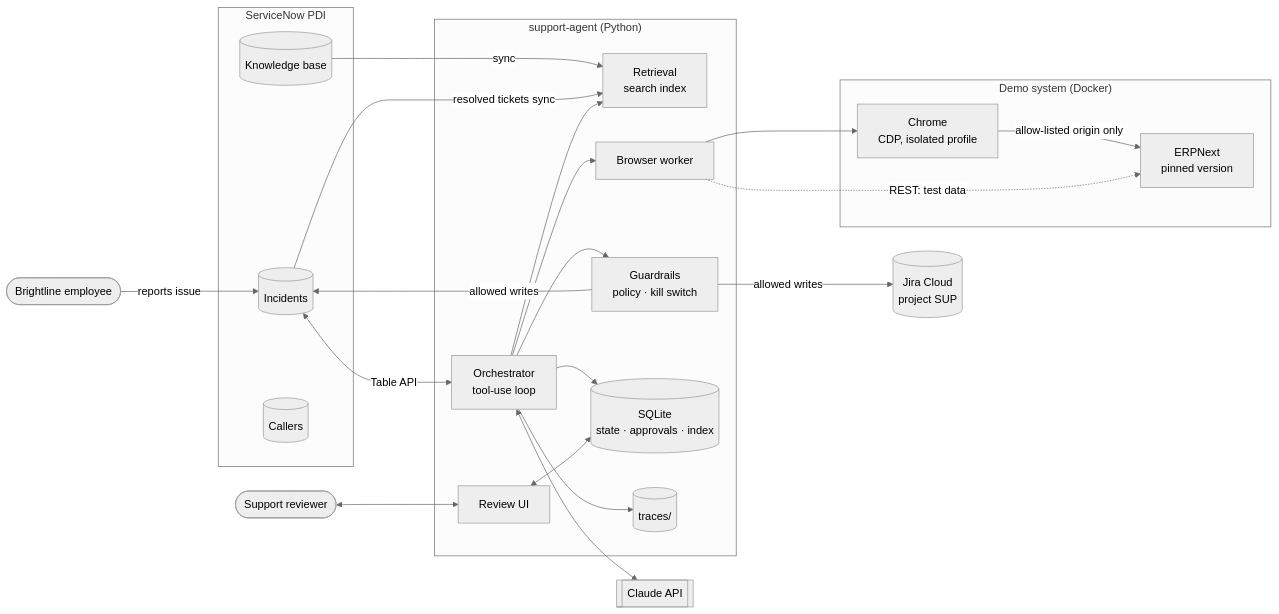
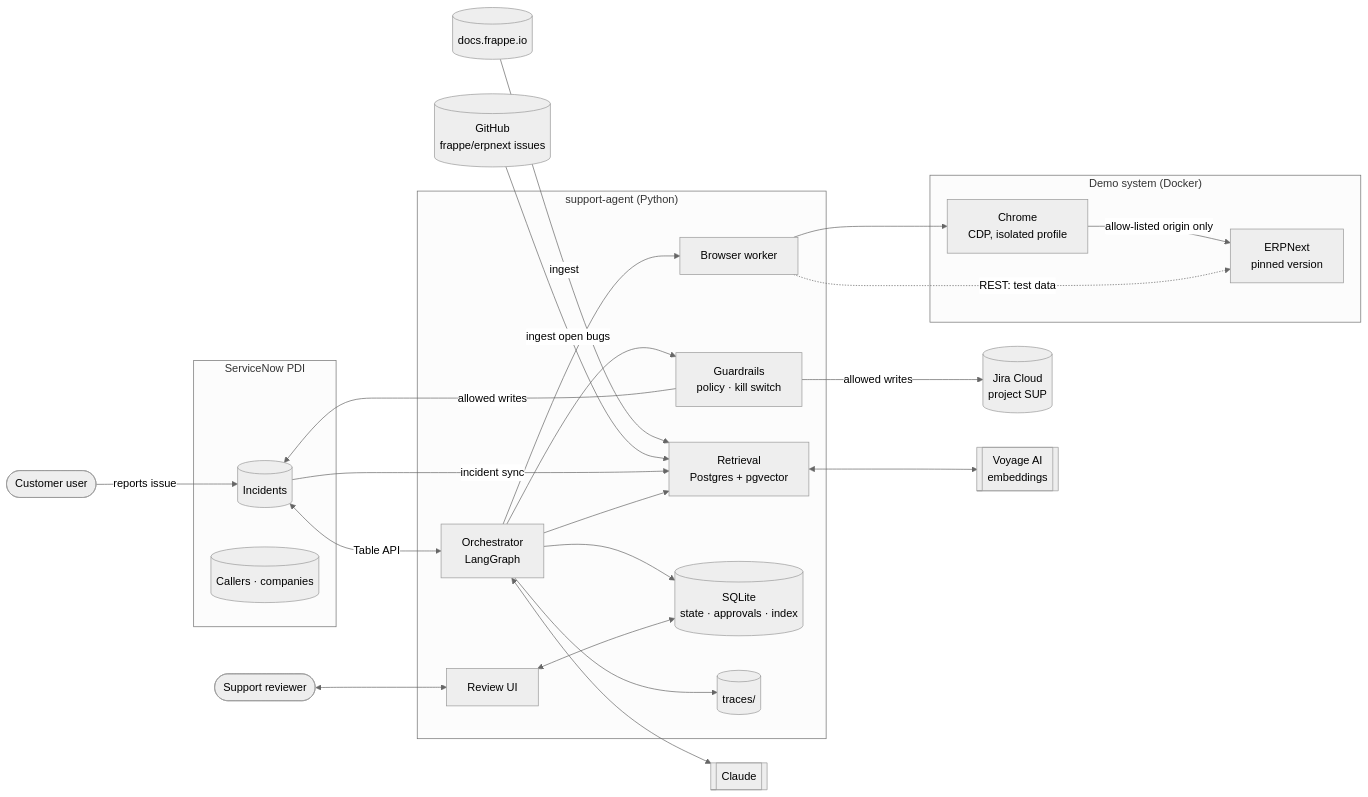
Before and after one commit to juliavasan/support-agent: the first of 7 diagrams in docs/ARCHITECTURE.md, drawn with Mermaid (neutral theme). The commit also changed other lines of this file and 5 other files, not shown here.

````diff
--- a/docs/ARCHITECTURE.md
+++ b/docs/ARCHITECTURE.md
@@ -38,43 +39,48 @@
 ```mermaid
 flowchart LR
-    U([Brightline employee]) -->|reports issue| SN
+    U([Customer user]) -->|reports issue| SN
 
     subgraph SNOW["ServiceNow PDI"]
         SN[(Incidents)]
-        KB[(Knowledge base)]
-        USR[(Callers)]
+        USR[(Callers · companies)]
     end
 
+    DOCS[(docs.frappe.io)]
+    GH[(GitHub<br/>frappe/erpnext issues)]
+
     subgraph AGENT["support-agent (Python)"]
-        ORCH[Orchestrator<br/>tool-use loop]
-        RET[Retrieval<br/>search index]
+        ORCH[Orchestrator<br/>LangGraph]
+        RET[Retrieval<br/>Postgres + pgvector]
         GUARD[Guardrails<br/>policy · kill switch]
         BW[Browser worker]
         STATE[(SQLite<br/>state · approvals · index)]
         TR[(traces/)]
         RUI[Review UI]
     end
 
     subgraph DEMO["Demo system (Docker)"]
         ERP[ERPNext<br/>pinned version]
         CHR[Chrome<br/>CDP, isolated profile]
     end
 
     JIRA[(Jira Cloud<br/>project SUP)]
-    LLM[[Claude API]]
+    LLM[[Claude]]
+    EMB[[Voyage AI<br/>embeddings]]
     H([Support reviewer])
 
     SN <-->|Table API| ORCH
-    KB -->|sync| RET
-    SN -->|resolved tickets sync| RET
+    DOCS -->|ingest| RET
+    GH -->|ingest open bugs| RET
+    SN -->|incident sync| RET
+    RET <--> EMB
     ORCH <--> LLM
     ORCH --> RET
     ORCH --> GUARD
     GUARD -->|allowed writes| SN
     GUARD -->|allowed writes| JIRA
     ORCH --> BW --> CHR -->|allow-listed origin only| ERP
     BW -.->|REST: test data| ERP
     ORCH --> STATE
     ORCH --> TR
     H <--> RUI <--> STATE
 ```
````
